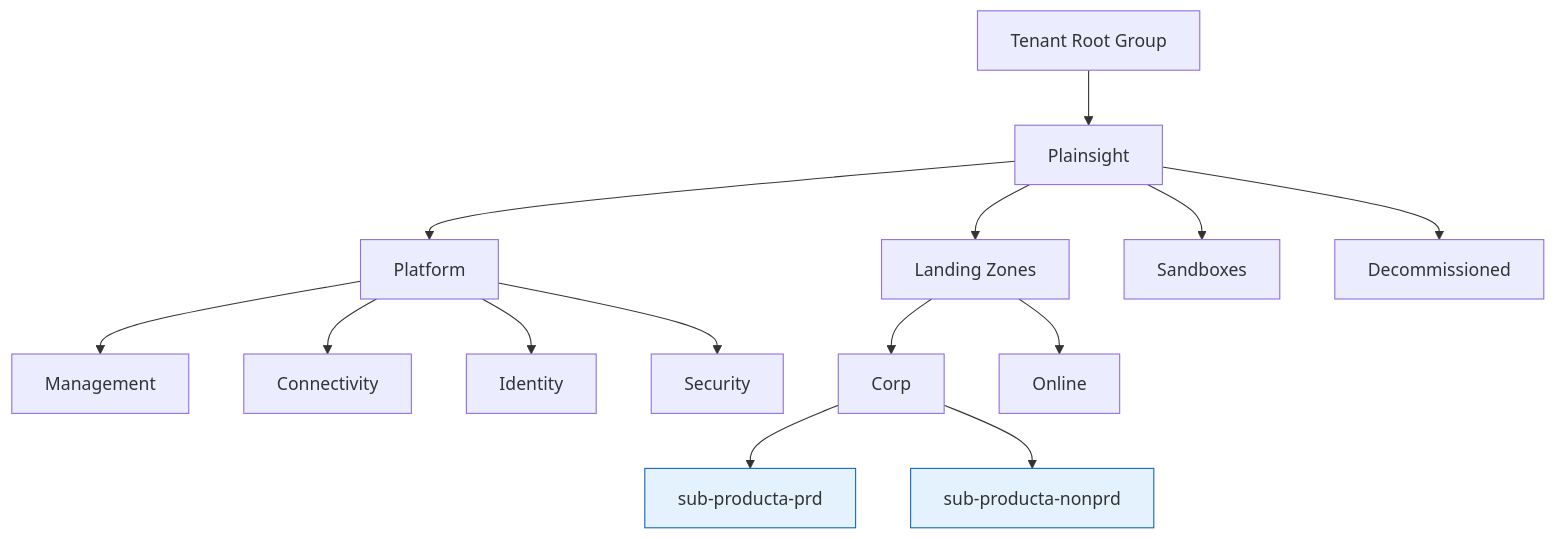
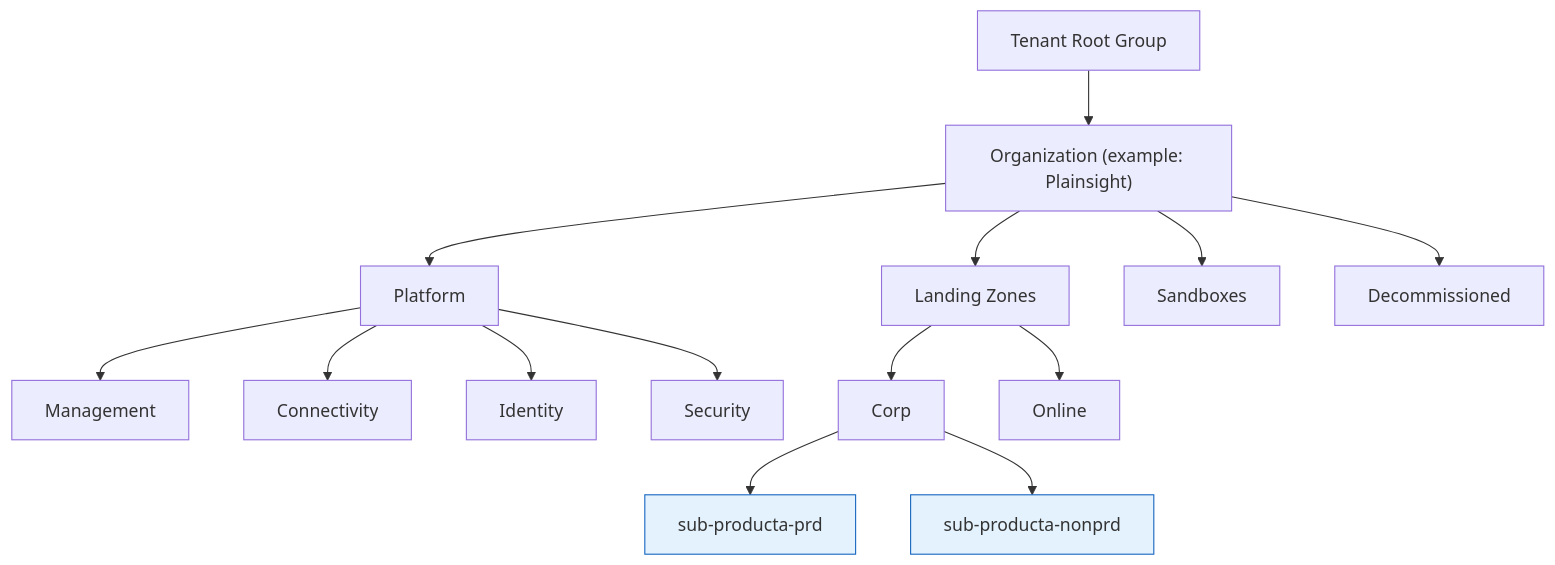
The diagram in docs/technical-guidelines/azure/resource-organization.md (PlainsightPro/Vision-Playbook), drawn with Mermaid before and after one commit. The commit also changed other lines of this file and 1 other file, not shown here.

First line of the commit message:
Move Azure chapter below dbt and generalize the organization node

````diff
--- a/docs/technical-guidelines/azure/resource-organization.md
+++ b/docs/technical-guidelines/azure/resource-organization.md
@@ -25,20 +25,20 @@
 ```mermaid
 %%{init: { "flowchart": { "useMaxWidth": true } } }%%
 flowchart TD
-    Root[Tenant Root Group] --> Org[Plainsight]
+    Root[Tenant Root Group] --> Org["Organization (example: Plainsight)"]
     Org --> Platform
     Org --> LZ[Landing Zones]
     Org --> Sandboxes
     Org --> Decom[Decommissioned]
     Platform --> Mgmt[Management]
     Platform --> Conn[Connectivity]
     Platform --> Ident[Identity]
     Platform --> Sec[Security]
     LZ --> Corp
     LZ --> Online
     Corp --> SubP[sub-producta-prd]
     Corp --> SubN[sub-producta-nonprd]
 
     classDef sub fill:#e3f2fd,stroke:#1565c0
     class SubP,SubN sub
 ```
````
